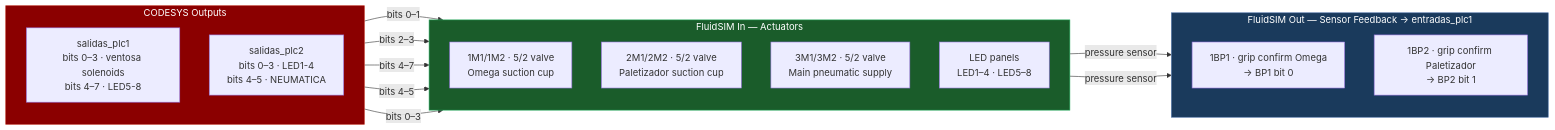
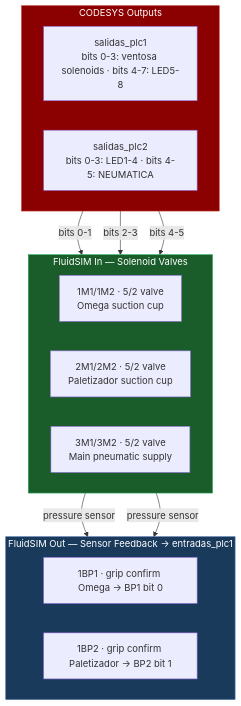
Before and after one commit to jorgefajardom-coder/drone-packaging-simulation-unity: the third of 16 diagrams in README.md, drawn with Mermaid. The commit also changed other lines of this file, not shown here.

First line of the commit message:
docs: fix Mermaid diagram line crossings

````diff
--- a/README.md
+++ b/README.md
@@ -321,34 +321,31 @@
 ```mermaid
-graph LR
+graph TD
     subgraph CMD["CODESYS Outputs"]
-        direction TB
-        PLC1["salidas_plc1\nbits 0–3 · ventosa solenoids\nbits 4–7 · LED5-8"]
-        PLC2["salidas_plc2\nbits 0–3 · LED1-4\nbits 4–5 · NEUMATICA"]
+        direction LR
+        PLC1["salidas_plc1\nbits 0-3: ventosa solenoids · bits 4-7: LED5-8"]
+        PLC2["salidas_plc2\nbits 0-3: LED1-4 · bits 4-5: NEUMATICA"]
     end
 
-    subgraph ACT["FluidSIM In — Actuators"]
-        direction TB
+    subgraph ACT["FluidSIM In — Solenoid Valves"]
+        direction LR
         V1["1M1/1M2 · 5/2 valve\nOmega suction cup"]
         V2["2M1/2M2 · 5/2 valve\nPaletizador suction cup"]
         V3["3M1/3M2 · 5/2 valve\nMain pneumatic supply"]
-        LC["LED panels\nLED1–4 · LED5–8"]
     end
 
     subgraph SENS["FluidSIM Out — Sensor Feedback → entradas_plc1"]
-        direction TB
-        S1["1BP1 · grip confirm Omega\n→ BP1 bit 0"]
-        S2["1BP2 · grip confirm Paletizador\n→ BP2 bit 1"]
+        direction LR
+        S1["1BP1 · grip confirm Omega → BP1 bit 0"]
+        S2["1BP2 · grip confirm Paletizador → BP2 bit 1"]
     end
 
-    PLC1 -->|"bits 0–1"| V1
-    PLC1 -->|"bits 2–3"| V2
-    PLC1 -->|"bits 4–7"| LC
-    PLC2 -->|"bits 4–5"| V3
-    PLC2 -->|"bits 0–3"| LC
+    PLC1 -->|"bits 0-1"| V1
+    PLC1 -->|"bits 2-3"| V2
+    PLC2 -->|"bits 4-5"| V3
     V1 -->|"pressure sensor"| S1
     V2 -->|"pressure sensor"| S2
 
     style CMD  fill:#8b0000,color:#fff,stroke:#c0392b
     style ACT  fill:#1a5c2a,color:#fff,stroke:#27ae60
     style SENS fill:#1a3a5c,color:#fff,stroke:#4a6fa5
 ```
````
